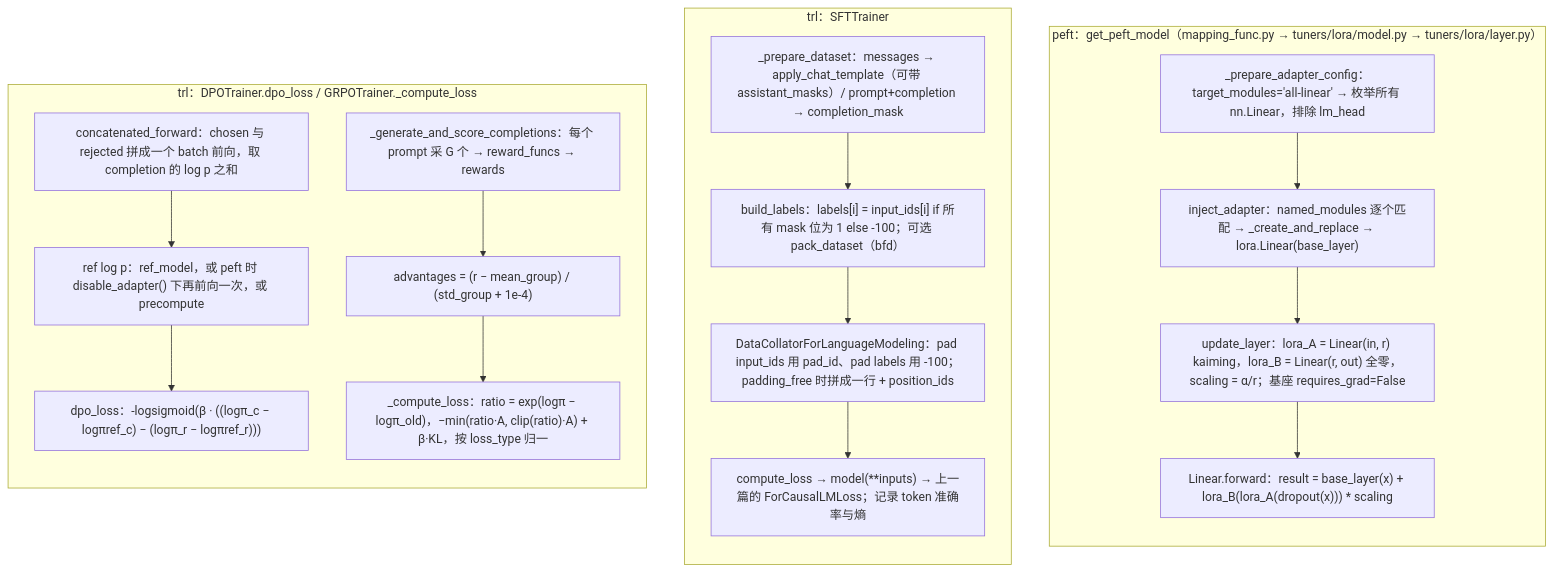
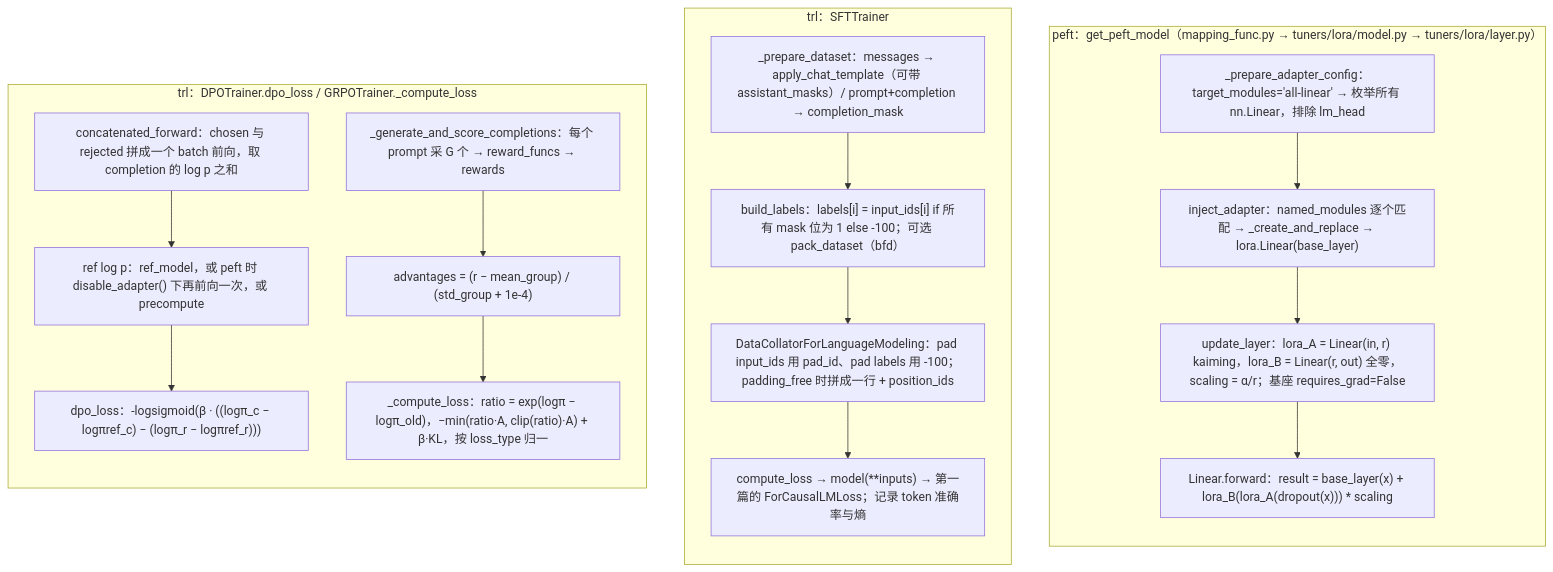
One commit to arganzheng/arganzheng.github.com changed the diagram in _posts/2026-05-25-peft-and-trl-lora-sft-dpo-grpo-in-source.md. Above: the diagram before and after it, drawn with Mermaid. The commit also changed other lines of this file and 15 other files, not shown here.

First line of the commit message:
三张地图审视 P0（B）：过期的坐标式跨篇指针改成点名

````diff
--- a/_posts/2026-05-25-peft-and-trl-lora-sft-dpo-grpo-in-source.md
+++ b/_posts/2026-05-25-peft-and-trl-lora-sft-dpo-grpo-in-source.md
@@ -24,32 +24,32 @@
 ```mermaid
 %%{init: {"flowchart": {"wrappingWidth": 300}}}%%
 %% 图：peft 与 trl 的四条路：get_peft_model 用 target_modules 匹配 nn.Linear，替换成 lora.Linear（base_layer 冻结 + lora_A/lora_B），forward 多一项 B(A x)·scaling；SFTTrainer 在 _prepare_dataset 里套模板、tokenize、按 completion_mask / assistant_masks 造 labels（-100）、可选 packing，collator 只做 padding，compute_loss 走模型的 loss_function；DPOTrainer 的 dpo_loss 是 -logsigmoid(β((logπ_c−logπref_c)−(logπ_r−logπref_r)))；GRPOTrainer 先采样一组 completions、算 reward、组内减均值除标准差得 advantages，再 PPO 式裁剪
 flowchart TB
     subgraph P["peft：get_peft_model（mapping_func.py → tuners/lora/model.py → tuners/lora/layer.py）"]
         direction TB
         P1["_prepare_adapter_config：target_modules='all-linear' → 枚举所有 nn.Linear，排除 lm_head"]
         P2["inject_adapter：named_modules 逐个匹配 → _create_and_replace → lora.Linear(base_layer)"]
         P3["update_layer：lora_A = Linear(in, r) kaiming，lora_B = Linear(r, out) 全零，scaling = α/r；基座 requires_grad=False"]
         P4["Linear.forward：result = base_layer(x) + lora_B(lora_A(dropout(x))) * scaling"]
         P1 --> P2 --> P3 --> P4
     end
     subgraph S["trl：SFTTrainer"]
         direction TB
         S1["_prepare_dataset：messages → apply_chat_template（可带 assistant_masks）/ prompt+completion → completion_mask"]
         S2["build_labels：labels[i] = input_ids[i] if 所有 mask 位为 1 else -100；可选 pack_dataset（bfd）"]
         S3["DataCollatorForLanguageModeling：pad input_ids 用 pad_id、pad labels 用 -100；padding_free 时拼成一行 + position_ids"]
-        S4["compute_loss → model(**inputs) → 上一篇的 ForCausalLMLoss；记录 token 准确率与熵"]
+        S4["compute_loss → model(**inputs) → 第一篇的 ForCausalLMLoss；记录 token 准确率与熵"]
         S1 --> S2 --> S3 --> S4
     end
     subgraph D["trl：DPOTrainer.dpo_loss / GRPOTrainer._compute_loss"]
         direction TB
         D1["concatenated_forward：chosen 与 rejected 拼成一个 batch 前向，取 completion 的 log p 之和"]
         D2["ref log p：ref_model，或 peft 时 disable_adapter() 下再前向一次，或 precompute"]
         D3["dpo_loss：-logsigmoid(β · ((logπ_c − logπref_c) − (logπ_r − logπref_r)))"]
         G1["_generate_and_score_completions：每个 prompt 采 G 个 → reward_funcs → rewards"]
         G2["advantages = (r − mean_group) / (std_group + 1e-4)"]
         G3["_compute_loss：ratio = exp(logπ − logπ_old)，−min(ratio·A, clip(ratio)·A) + β·KL，按 loss_type 归一"]
         D1 --> D2 --> D3
         G1 --> G2 --> G3
     end
 ```
````
